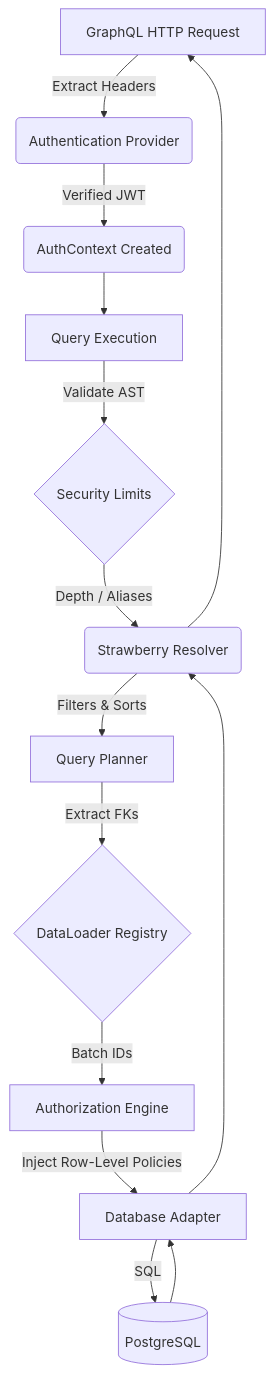
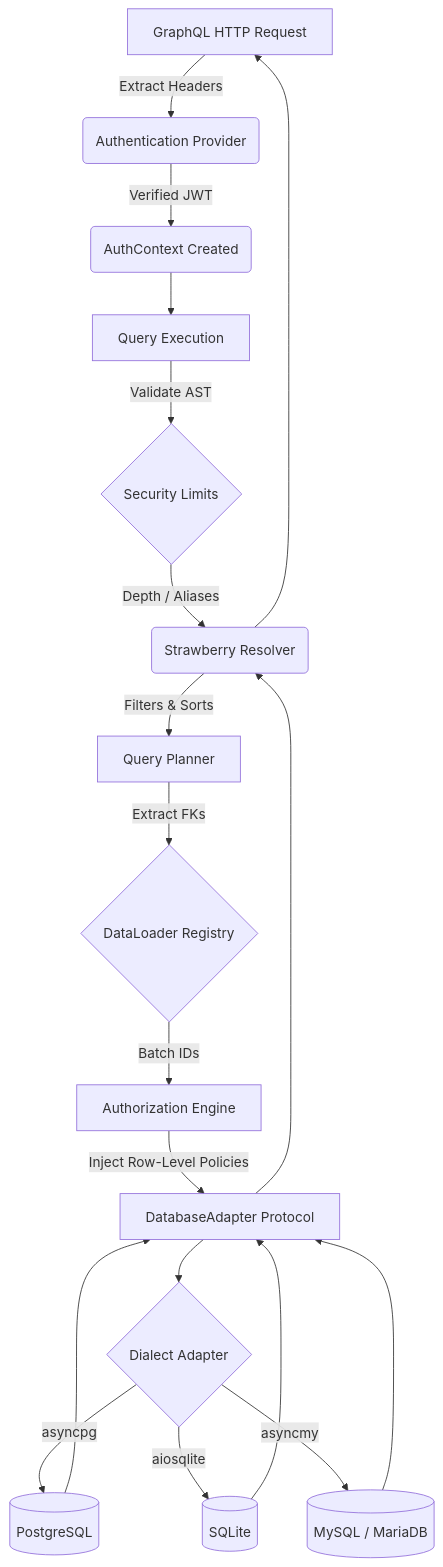
Before and after one commit to Mukesh-M-Lohar/db-graphql-gateway: the diagram in docs/ARCHITECTURE.md, drawn with Mermaid. The commit also changed other lines of this file and 38 other files, not shown here.

````diff
--- a/docs/ARCHITECTURE.md
+++ b/docs/ARCHITECTURE.md
@@ -11,19 +13,25 @@
 ```mermaid
 flowchart TD
     A[GraphQL HTTP Request] -->|Extract Headers| B(Authentication Provider)
     B -->|Verified JWT| C(AuthContext Created)
     C --> D[Query Execution]
     D -->|Validate AST| E{Security Limits}
     E -->|Depth / Aliases| F(Strawberry Resolver)
-    
+
     F -->|Filters & Sorts| G[Query Planner]
     G -->|Extract FKs| H{DataLoader Registry}
-    
+
     H -->|Batch IDs| I[Authorization Engine]
-    I -->|Inject Row-Level Policies| J[Database Adapter]
-    
-    J -->|SQL| K[(PostgreSQL)]
-    K --> J
+    I -->|Inject Row-Level Policies| J[DatabaseAdapter Protocol]
+
+    J --> K{Dialect Adapter}
+    K -->|asyncpg| PG[(PostgreSQL)]
+    K -->|aiosqlite| SQ[(SQLite)]
+    K -->|asyncmy| MY[(MySQL / MariaDB)]
+
+    PG --> J
+    SQ --> J
+    MY --> J
     J --> F
     F --> A
 ```
````
